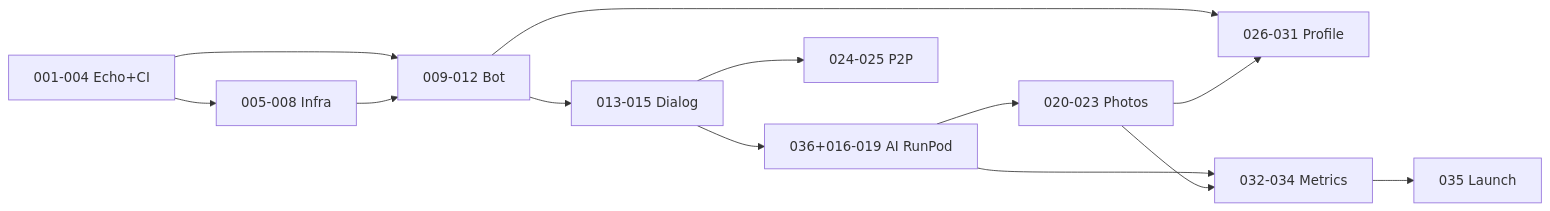
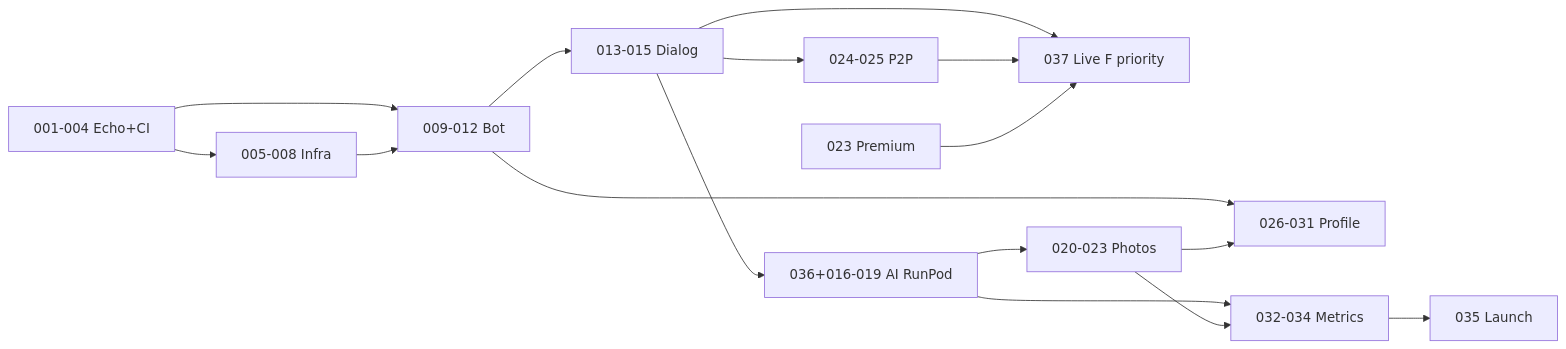
Before and after one commit to flykby/anonimus_chat: the second of 2 diagrams in tasks/README.md, drawn with Mermaid. The commit also changed other lines of this file and 4 other files, not shown here.

First line of the commit message:
Add task 037: live F priority for M→F with premium preference

````diff
--- a/tasks/README.md
+++ b/tasks/README.md
@@ -168,15 +169,18 @@
 ```mermaid
 flowchart LR
     M1[001-004 Echo+CI] --> P0[005-008 Infra]
     M1 --> P1[009-012 Bot]
     P0 --> P1
     P1 --> P2[013-015 Dialog]
     P2 --> P3[036+016-019 AI RunPod]
+    P2 --> P37[037 Live F priority]
     P2 --> P5[024-025 P2P]
+    P5 --> P37
+    P23[023 Premium] --> P37
     P3 --> P4[020-023 Photos]
     P1 --> P6[026-031 Profile]
     P4 --> P6
     P3 --> P7[032-034 Metrics]
     P4 --> P7
     P7 --> P8[035 Launch]
 ```
````
